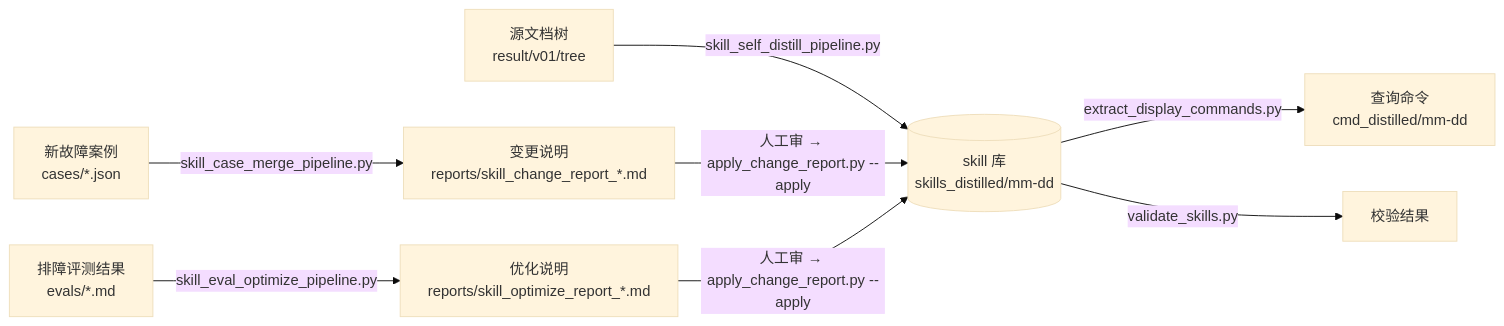
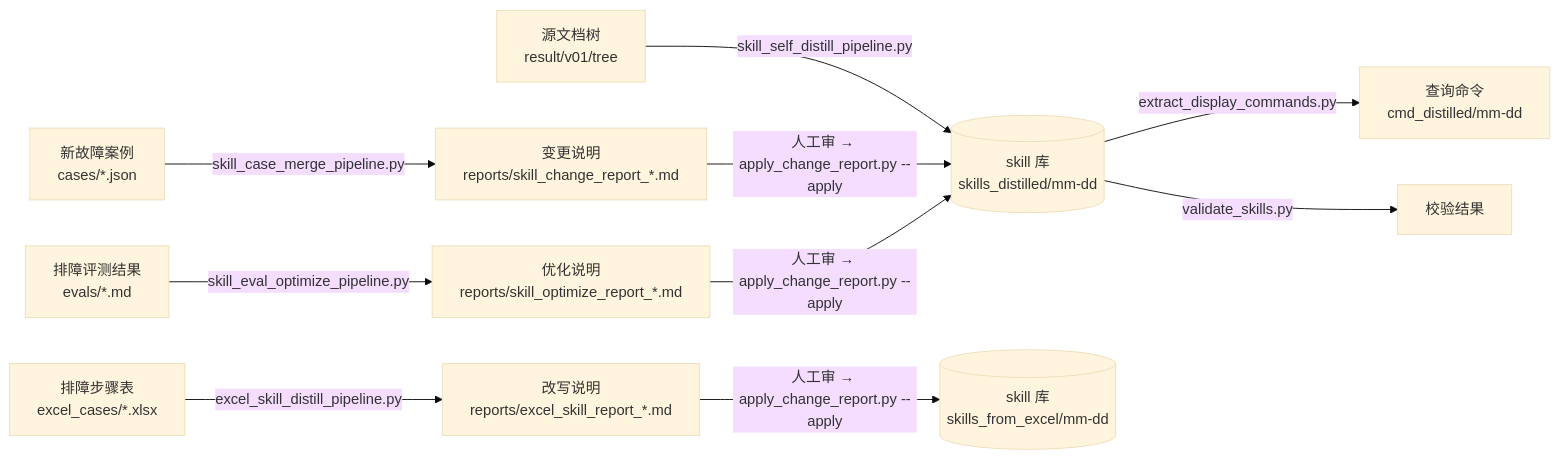
Before and after one commit to kellyCatCat/skill_distill: the diagram in README.md, drawn with Mermaid (base theme). The commit also changed other lines of this file and 2 other files, not shown here.

````diff
--- a/README.md
+++ b/README.md
@@ -9,10 +9,12 @@
 ```mermaid
 flowchart LR
     A["源文档树<br/>result/v01/tree"] -- skill_self_distill_pipeline.py --> B[("skill 库<br/>skills_distilled/mm-dd")]
+    X["排障步骤表<br/>excel_cases/*.xlsx"] -- excel_skill_distill_pipeline.py --> R3["改写说明<br/>reports/excel_skill_report_*.md"]
     C["新故障案例<br/>cases/*.json"] -- skill_case_merge_pipeline.py --> R1["变更说明<br/>reports/skill_change_report_*.md"]
     D["排障评测结果<br/>evals/*.md"] -- skill_eval_optimize_pipeline.py --> R2["优化说明<br/>reports/skill_optimize_report_*.md"]
+    R3 -- "人工审 → apply_change_report.py --apply" --> G[("skill 库<br/>skills_from_excel/mm-dd")]
     R1 -- "人工审 → apply_change_report.py --apply" --> B
     R2 -- "人工审 → apply_change_report.py --apply" --> B
     B -- extract_display_commands.py --> E["查询命令<br/>cmd_distilled/mm-dd"]
     B -- validate_skills.py --> F["校验结果"]
 ```
````
